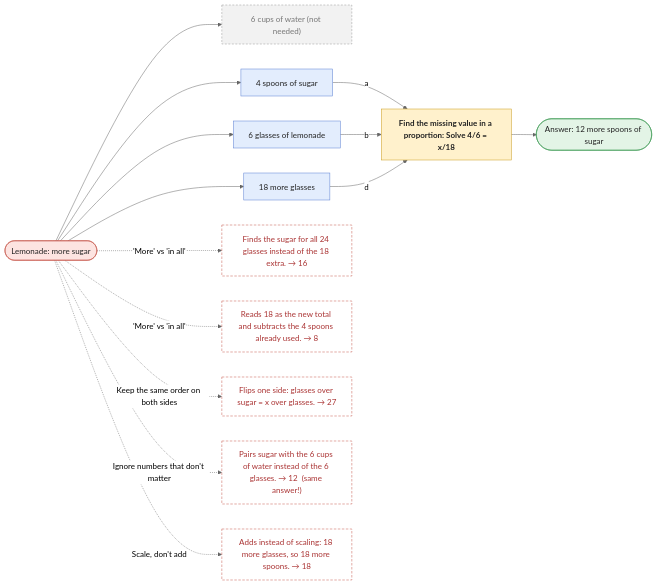
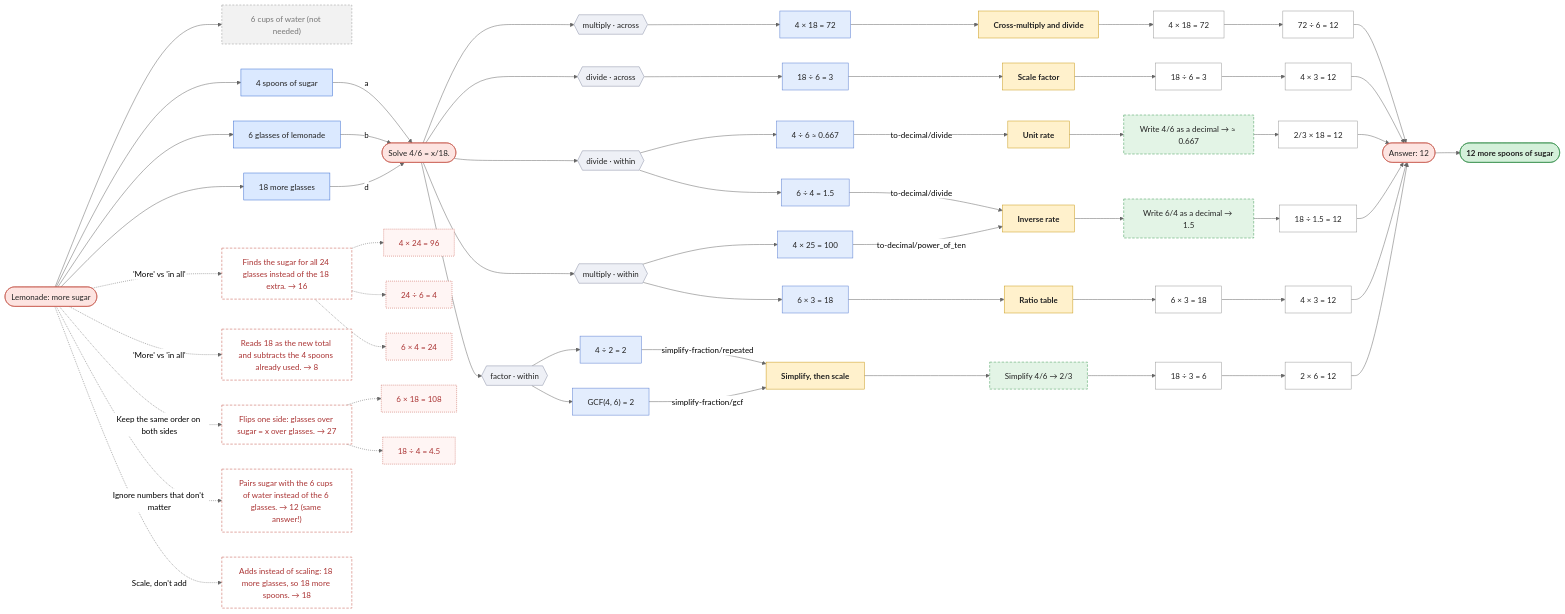
Diagram 26 of 33 in REPORT.md (rahuldave/ProblemSolving), drawn with Mermaid (neutral theme) before and after one commit. The commit also changed other lines of this file and 5 other files, not shown here.

````diff
--- a/REPORT.md
+++ b/REPORT.md
@@ -2559,41 +3067,144 @@
 ```mermaid
 flowchart LR
   w0(["Lemonade: more sugar"])
-  w1["Find the missing value in a proportion: Solve 4/6 = x/18"]
-  w2["6 cups of water (not needed)"]
+  w1["6 cups of water (not needed)"]
+  w0 --> w1
+  w2["4 spoons of sugar"]
   w0 --> w2
-  w3["4 spoons of sugar"]
+  w3["6 glasses of lemonade"]
   w0 --> w3
-  w3 -->|"a"| w1
-  w4["6 glasses of lemonade"]
+  w4["18 more glasses"]
   w0 --> w4
-  w4 -->|"b"| w1
-  w5["18 more glasses"]
-  w0 --> w5
-  w5 -->|"d"| w1
-  w6(["Answer: 12 more spoons of sugar"])
-  w1 --> w6
-  w7["Finds the sugar for all 24 glasses instead of the 18 extra. → 16"]
-  w0 -.->|"'More' vs 'in all'"| w7
-  w8["Reads 18 as the new total and subtracts the 4 spoons already used. → 8"]
-  w0 -.->|"'More' vs 'in all'"| w8
-  w9["Flips one side: glasses over sugar = x over glasses. → 27"]
-  w0 -.->|"Keep the same order on both sides"| w9
-  w10["Pairs sugar with the 6 cups of water instead of the 6 glasses. → 12  (same answer!)"]
-  w0 -.->|"Ignore numbers that don't matter"| w10
-  w11["Adds instead of scaling: 18 more glasses, so 18 more spoons. → 18"]
-  w0 -.->|"Scale, don't add"| w11
-  classDef story fill:#fde4e1,stroke:#c4554a,color:#222
-  classDef used fill:#e3edfd,stroke:#5b7fd1,color:#222
-  classDef distractor fill:#f2f2f2,stroke:#999,stroke-dasharray:4 3,color:#777
-  classDef question fill:#fff1cc,stroke:#c99a1a,color:#222,font-weight:bold
+  c0(["Solve 4/6 = x/18."])
+  c1(["Answer: 12"])
+  c2["Cross-multiply and divide"]
+  c3["4 × 18 = 72"]
+  c2 --> c3
+  c4["72 ÷ 6 = 12"]
+  c3 --> c4
+  c4 --> c1
+  c5["Scale factor"]
+  c6["18 ÷ 6 = 3"]
+  c5 --> c6
+  c7["4 × 3 = 12"]
+  c6 --> c7
+  c7 --> c1
+  c8["Unit rate"]
+  c9["Write 4/6 as a decimal → ≈ 0.667"]
+  c8 --> c9
+  c10["2/3 × 18 = 12"]
+  c9 --> c10
+  c10 --> c1
+  c11["Inverse rate"]
+  c12["Write 6/4 as a decimal → 1.5"]
+  c11 --> c12
+  c13["18 ÷ 1.5 = 12"]
+  c12 --> c13
+  c13 --> c1
+  c14["Ratio table"]
+  c15["6 × 3 = 18"]
+  c14 --> c15
+  c16["4 × 3 = 12"]
+  c15 --> c16
+  c16 --> c1
+  c17["Simplify, then scale"]
+  c18["Simplify 4/6 → 2/3"]
+  c17 --> c18
+  c19["18 ÷ 3 = 6"]
+  c18 --> c19
+  c20["2 × 6 = 12"]
+  c19 --> c20
+  c20 --> c1
+  c21["18 ÷ 6 = 3"]
+  c22{{"divide · across"}}
+  c0 --> c22
+  c22 --> c21
+  c21 --> c5
+  c23["4 ÷ 6 ≈ 0.667"]
+  c24{{"divide · within"}}
+  c0 --> c24
+  c24 --> c23
+  c23 -->|"to-decimal/divide"| c8
+  c25["6 ÷ 4 = 1.5"]
+  c24 --> c25
+  c25 -->|"to-decimal/divide"| c11
+  c26["4 ÷ 2 = 2"]
+  c27{{"factor · within"}}
+  c0 --> c27
+  c27 --> c26
+  c26 -->|"simplify-fraction/repeated"| c17
+  c28["GCF(4, 6) = 2"]
+  c27 --> c28
+  c28 -->|"simplify-fraction/gcf"| c17
+  c29["4 × 18 = 72"]
+  c30{{"multiply · across"}}
+  c0 --> c30
+  c30 --> c29
+  c29 --> c2
+  c31["4 × 25 = 100"]
+  c32{{"multiply · within"}}
+  c0 --> c32
+  c32 --> c31
+  c31 -->|"to-decimal/power_of_ten"| c11
+  c33["6 × 3 = 18"]
+  c32 --> c33
+  c33 --> c14
+  classDef cls fill:#eef0f6,stroke:#8a90a6,color:#222
+  classDef first fill:#e3edfd,stroke:#5b7fd1,color:#222
+  classDef second fill:#efe6fb,stroke:#8b63c9,color:#222
+  classDef method fill:#fff1cc,stroke:#c99a1a,color:#222,font-weight:bold
+  classDef skill fill:#e3f4e6,stroke:#3f9a55,stroke-dasharray:5 3,color:#222
   classDef step fill:#ffffff,stroke:#999,color:#222
-  classDef ans fill:#e3f4e6,stroke:#3f9a55,color:#222
-  classDef trap fill:#fff,stroke:#c4554a,stroke-dasharray:5 3,color:#a33
-  class w0 story
-  class w3,w4,w5 used
-  class w2 distractor
-  class w1 question
-  class w6 ans
-  class w7,w8,w9,w10,w11 trap
+  classDef ans fill:#fde4e1,stroke:#c4554a,color:#222
+  class c22,c24,c27,c30,c32 cls
+  class c21,c23,c25,c26,c28,c29,c31,c33 first
+  class c2,c5,c8,c11,c14,c17 method
+  class c9,c12,c18 skill
+  class c3,c4,c6,c7,c10,c13,c15,c16,c19,c20 step
+  class c0,c1 ans
+  w2 -->|"a"| c0
+  w3 -->|"b"| c0
+  w4 -->|"d"| c0
+  w5(["12 more spoons of sugar"])
+  c1 --> w5
+  w6["Finds the sugar for all 24 glasses instead of the 18 extra. → 16"]
+  w0 -.->|"'More' vs 'in all'"| w6
+  w7["4 × 24 = 96"]
+  w6 -.-> w7
+  w8["24 ÷ 6 = 4"]
+  w6 -.-> w8
+  w9["6 × 4 = 24"]
+  w6 -.-> w9
+  w10["Reads 18 as the new total and subtracts the 4 spoons already used. → 8"]
+  w0 -.->|"'More' vs 'in all'"| w10
+  w11["Flips one side: glasses over sugar = x over glasses. → 27"]
+  w0 -.->|"Keep the same order on both sides"| w11
+  w12["6 × 18 = 108"]
+  w11 -.-> w12
+  w13["18 ÷ 4 = 4.5"]
+  w11 -.-> w13
+  w14["Pairs sugar with the 6 cups of water instead of the 6 glasses. → 12 (same answer!)"]
+  w0 -.->|"Ignore numbers that don't matter"| w14
+  w15["Adds instead of scaling: 18 more glasses, so 18 more spoons. → 18"]
+  w0 -.->|"Scale, don't add"| w15
+  classDef cls fill:#eef0f6,stroke:#8a90a6,color:#222
+  classDef first fill:#e3edfd,stroke:#5b7fd1,color:#222
+  classDef second fill:#efe6fb,stroke:#8b63c9,color:#222
+  classDef method fill:#fff1cc,stroke:#c99a1a,color:#222,font-weight:bold
+  classDef skill fill:#e3f4e6,stroke:#3f9a55,stroke-dasharray:5 3,color:#222
+  classDef step fill:#ffffff,stroke:#999,color:#222
+  classDef ans fill:#fde4e1,stroke:#c4554a,color:#222
+  classDef wstory fill:#fde4e1,stroke:#c4554a,color:#222
+  classDef wused fill:#dbe9ff,stroke:#3d6fd1,color:#222
+  classDef wdist fill:#f2f2f2,stroke:#999,stroke-dasharray:4 3,color:#777
+  classDef wop fill:#ffffff,stroke:#3d6fd1,color:#222
+  classDef wfinal fill:#d4f0da,stroke:#2f8a45,color:#222,font-weight:bold
+  classDef wtrap fill:#fff,stroke:#c4554a,stroke-dasharray:5 3,color:#a33
+  classDef wtfirst fill:#fff5f4,stroke:#c4554a,stroke-dasharray:2 2,color:#a33
+  class w0 wstory
+  class w2,w3,w4 wused
+  class w1 wdist
+  class w5 wfinal
+  class w6,w10,w11,w14,w15 wtrap
+  class w7,w8,w9,w12,w13 wtfirst
 ```
````
